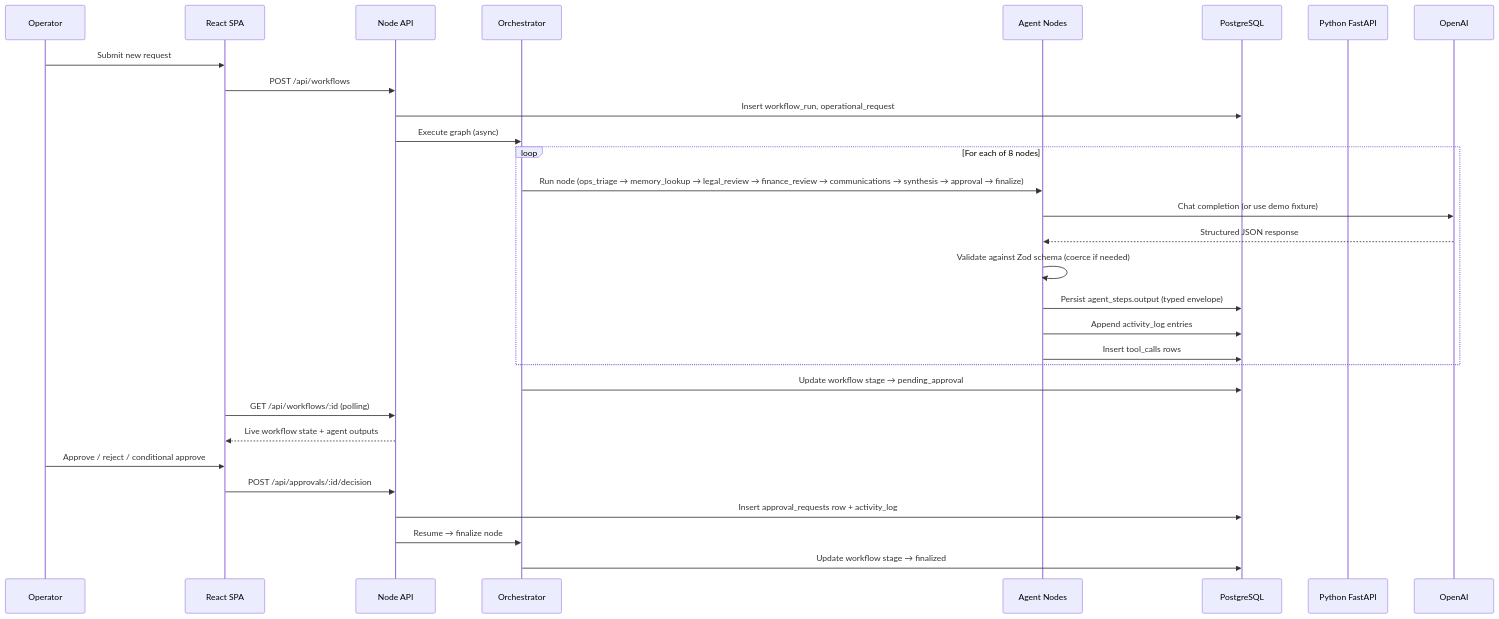
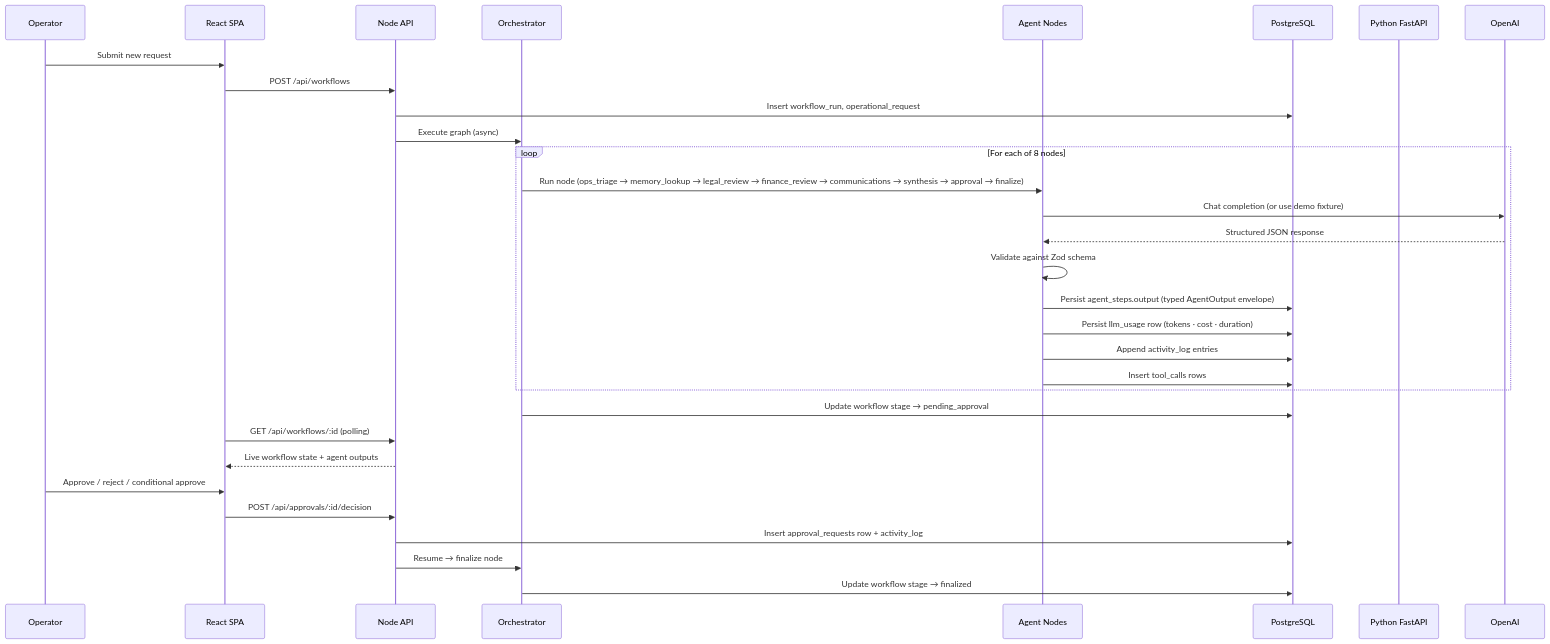
The second of 6 diagrams in docs/architecture.md (ProdigyProjectStudios/agentops-command-center), drawn with Mermaid before and after one commit. The commit also changed other lines of this file and 4 other files, not shown here.

Commit message:
docs: sync AgentOps evals, pgvector retrieval and LLM telemetry

````diff
--- a/docs/architecture.md
+++ b/docs/architecture.md
@@ -77,36 +86,37 @@
 ```mermaid
 sequenceDiagram
     participant Op as Operator
     participant UI as React SPA
     participant Node as Node API
     participant Orch as Orchestrator
     participant Agents as Agent Nodes
     participant DB as PostgreSQL
     participant PY as Python FastAPI
     participant LLM as OpenAI
 
     Op->>UI: Submit new request
     UI->>Node: POST /api/workflows
     Node->>DB: Insert workflow_run, operational_request
     Node->>Orch: Execute graph (async)
 
     loop For each of 8 nodes
         Orch->>Agents: Run node (ops_triage → memory_lookup → legal_review → finance_review → communications → synthesis → approval → finalize)
         Agents->>LLM: Chat completion (or use demo fixture)
         LLM-->>Agents: Structured JSON response
-        Agents->>Agents: Validate against Zod schema (coerce if needed)
-        Agents->>DB: Persist agent_steps.output (typed envelope)
+        Agents->>Agents: Validate against Zod schema
+        Agents->>DB: Persist agent_steps.output (typed AgentOutput envelope)
+        Agents->>DB: Persist llm_usage row (tokens · cost · duration)
         Agents->>DB: Append activity_log entries
         Agents->>DB: Insert tool_calls rows
     end
 
     Orch->>DB: Update workflow stage → pending_approval
     UI->>Node: GET /api/workflows/:id (polling)
     Node-->>UI: Live workflow state + agent outputs
 
     Op->>UI: Approve / reject / conditional approve
     UI->>Node: POST /api/approvals/:id/decision
     Node->>DB: Insert approval_requests row + activity_log
     Node->>Orch: Resume → finalize node
     Orch->>DB: Update workflow stage → finalized
 ```
````
